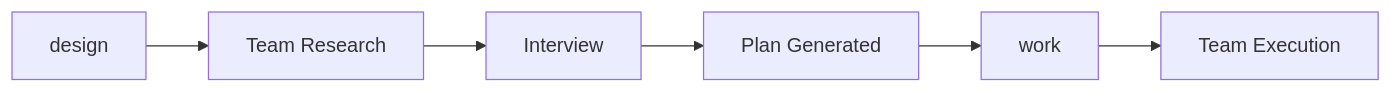
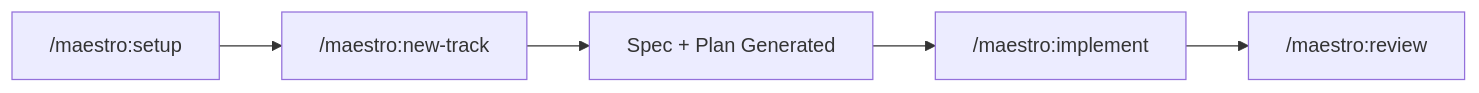
The diagram in README.md (ReinaMacCredy/maestro), drawn with Mermaid before and after one commit. The commit also changed other lines of this file and 29 other files, not shown here.

````diff
--- a/README.md
+++ b/README.md
@@ -30,8 +30,7 @@
 ```mermaid
 graph LR
-    A[design] --> B[Team Research]
-    B --> C[Interview]
-    C --> D[Plan Generated]
-    D --> E[work]
-    E --> F[Team Execution]
+    A["/maestro:setup"] --> B["/maestro:new-track"]
+    B --> C[Spec + Plan Generated]
+    C --> D["/maestro:implement"]
+    D --> E["/maestro:review"]
 ```
````
